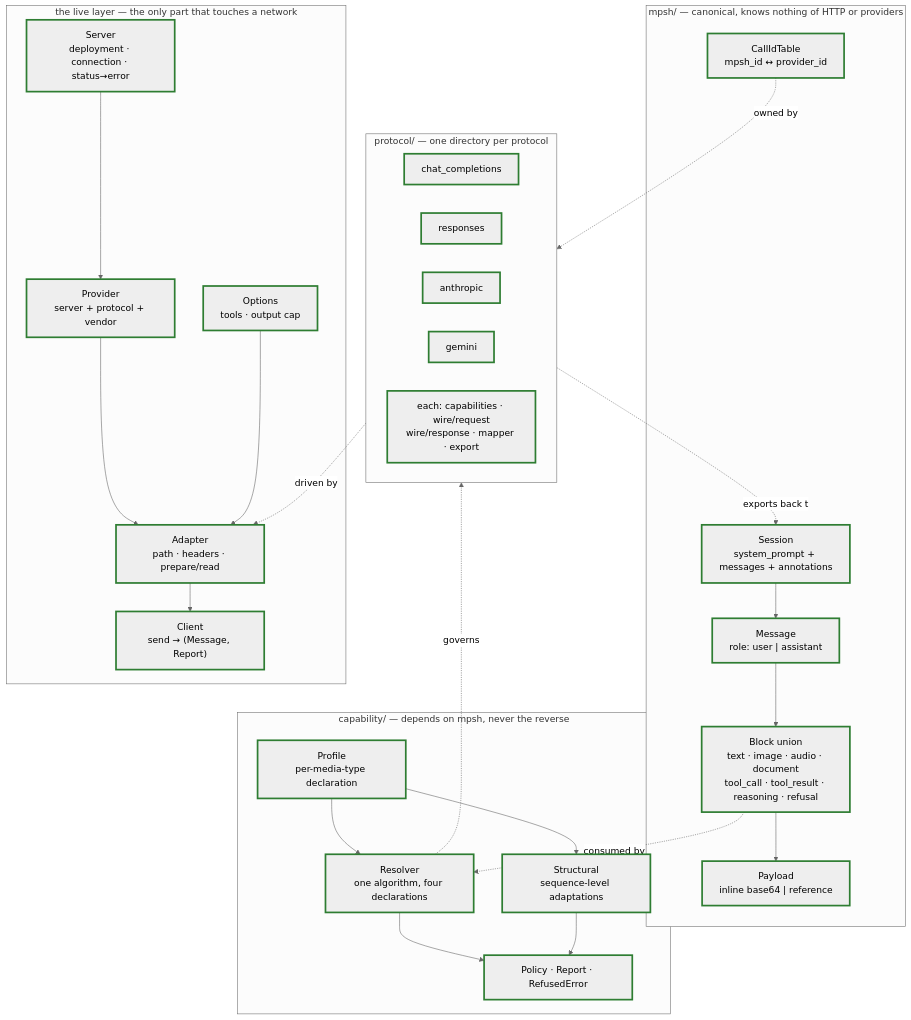
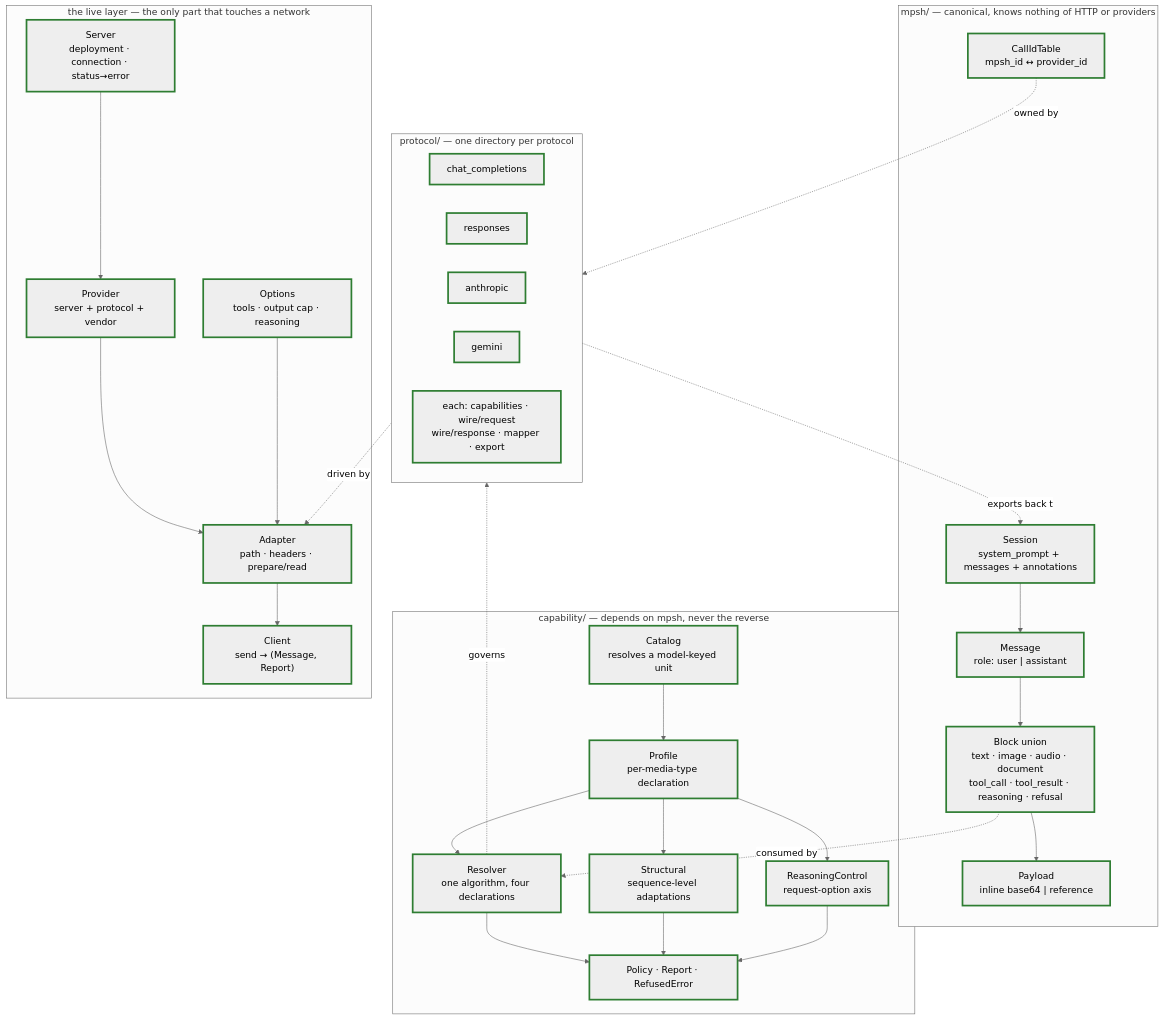
One commit to nogginly/elelem.cr changed the first of 2 diagrams in DEVELOPMENT.md. Above: the diagram before and after it, drawn with Mermaid (neutral theme). The commit also changed other lines of this file and 40 other files, not shown here.

````diff
--- a/DEVELOPMENT.md
+++ b/DEVELOPMENT.md
@@ -60,49 +60,54 @@
 ```mermaid
 flowchart TB
     subgraph MPSH["mpsh/ — canonical, knows nothing of HTTP or providers"]
         S["Session<br/>system_prompt + messages + annotations"]
         M["Message<br/>role: user | assistant"]
         B["Block union<br/>text · image · audio · document<br/>tool_call · tool_result · reasoning · refusal"]
         P["Payload<br/>inline base64 | reference"]
         T["CallIdTable<br/>mpsh_id ↔ provider_id"]
         S --> M --> B --> P
     end
 
     subgraph CAP["capability/ — depends on mpsh, never the reverse"]
         PR["Profile<br/>per-media-type declaration"]
         R["Resolver<br/>one algorithm, four declarations"]
         ST["Structural<br/>sequence-level adaptations"]
         PO["Policy · Report · RefusedError"]
+        RC["ReasoningControl<br/>request-option axis"]
+        CT["Catalog<br/>resolves a model-keyed unit"]
         PR --> R
         PR --> ST
+        PR --> RC
+        CT --> PR
         R --> PO
         ST --> PO
+        RC --> PO
     end
 
     subgraph PROTO["protocol/ — one directory per protocol"]
         C1["chat_completions"]
         C2["responses"]
         C3["anthropic"]
         C4["gemini"]
         W["each: capabilities · wire/request<br/>wire/response · mapper · export"]
     end
 
     subgraph LIVE["the live layer — the only part that touches a network"]
         SV["Server<br/>deployment · connection · status→error"]
         PV["Provider<br/>server + protocol + vendor"]
         AD["Adapter<br/>path · headers · prepare/read"]
         CL["Client<br/>send → (Message, Report)"]
-        OP["Options<br/>tools · output cap"]
+        OP["Options<br/>tools · output cap · reasoning"]
         SV --> PV --> AD --> CL
         OP --> AD
     end
 
     B -.consumed by.-> R
     R -.governs.-> PROTO
     T -.owned by.-> PROTO
     PROTO -.exports back to.-> S
     PROTO -.driven by.-> AD
 
     classDef built stroke:#2e7d32,stroke-width:3px
-    class S,M,B,P,T,PR,R,ST,PO,C1,C2,C3,C4,W,SV,PV,AD,CL,OP built
+    class S,M,B,P,T,PR,R,ST,PO,RC,CT,C1,C2,C3,C4,W,SV,PV,AD,CL,OP built
 ```
````
